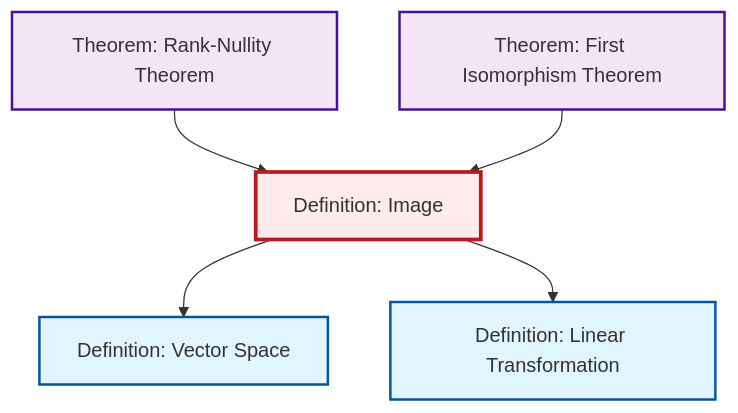
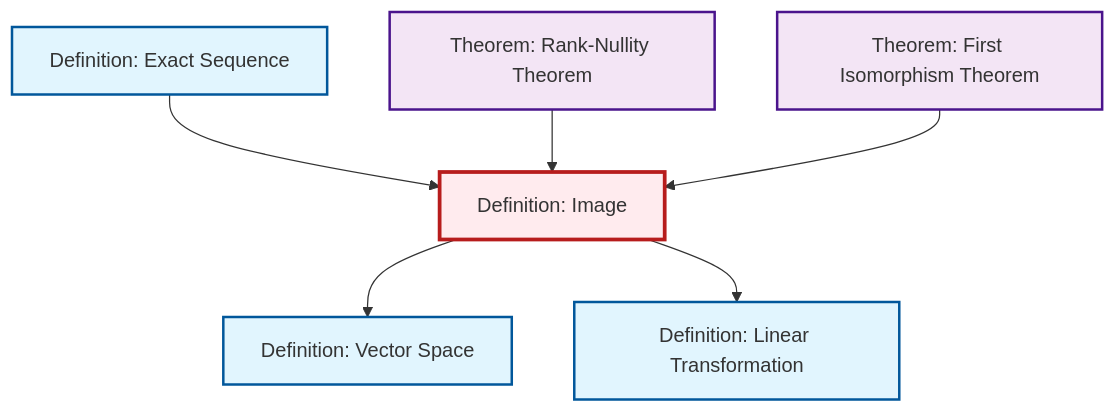
The diagram in content/en/algebra/def-image.qmd (RK0429/ModernMath), drawn with Mermaid before and after one commit. The commit also changed 654 other files, not shown here.

````diff
--- a/content/en/algebra/def-image.qmd
+++ b/content/en/algebra/def-image.qmd
@@ -51,23 +51,26 @@
 ```{mermaid}
 %%| fig-cap: "Local dependency graph"
 graph TD
     classDef definition fill:#e1f5fe,stroke:#01579b,stroke-width:2px
     classDef theorem fill:#f3e5f5,stroke:#4a148c,stroke-width:2px
     classDef axiom fill:#fff3e0,stroke:#e65100,stroke-width:2px
     classDef example fill:#e8f5e9,stroke:#1b5e20,stroke-width:2px
     classDef current fill:#ffebee,stroke:#b71c1c,stroke-width:3px
     thm-rank-nullity["Theorem: Rank-Nullity Theorem"]:::theorem
     def-image["Definition: Image"]:::definition
+    thm-first-isomorphism["Theorem: First Isomorphism Theorem"]:::theorem
+    def-exact-sequence["Definition: Exact Sequence"]:::definition
     def-linear-transformation["Definition: Linear Transformation"]:::definition
     def-vector-space["Definition: Vector Space"]:::definition
-    thm-first-isomorphism["Theorem: First Isomorphism Theorem"]:::theorem
+    def-exact-sequence --> def-image
     def-image --> def-vector-space
     thm-rank-nullity --> def-image
+    thm-first-isomorphism --> def-image
     def-image --> def-linear-transformation
-    thm-first-isomorphism --> def-image
     class def-image current
     click thm-rank-nullity "thm-rank-nullity.html" "Go to Rank-Nullity Theorem theorem"
+    click thm-first-isomorphism "thm-first-isomorphism.html" "Go to First Isomorphism Theorem theorem"
+    click def-exact-sequence "def-exact-sequence.html" "Go to Exact Sequence definition"
     click def-linear-transformation "def-linear-transformation.html" "Go to Linear Transformation definition"
     click def-vector-space "def-vector-space.html" "Go to Vector Space definition"
-    click thm-first-isomorphism "thm-first-isomorphism.html" "Go to First Isomorphism Theorem theorem"
 ```
````
